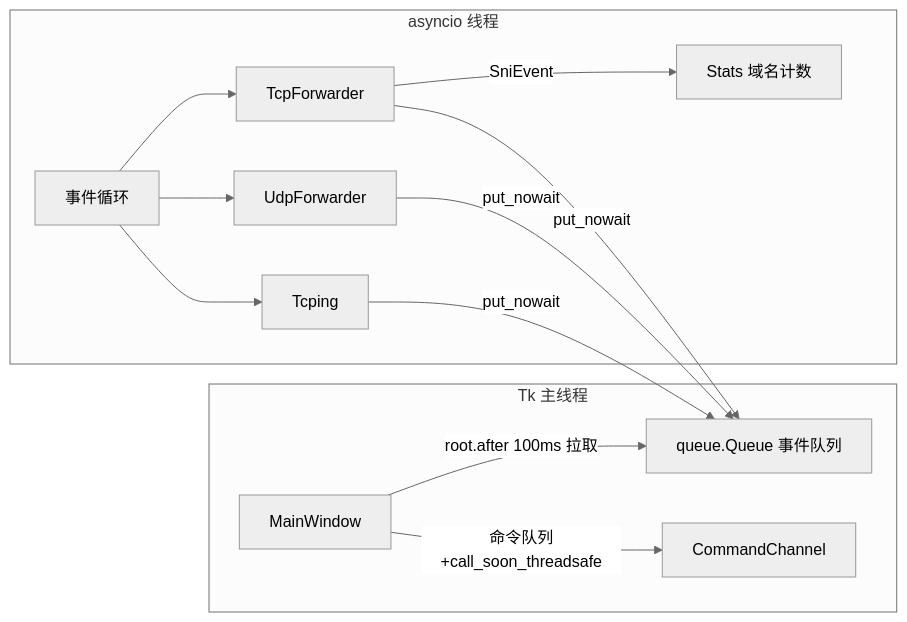
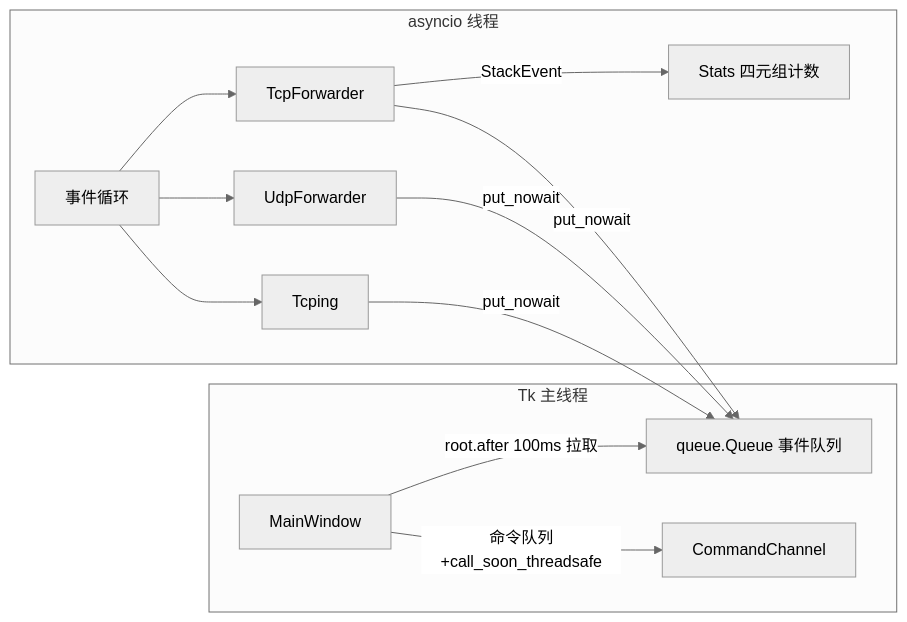
Before and after one commit to cmliu/SNI-Tap: the third of 3 diagrams in docs/ARCHITECTURE.md, drawn with Mermaid (neutral theme). The commit also changed other lines of this file and 24 other files, not shown here.

````diff
--- a/docs/ARCHITECTURE.md
+++ b/docs/ARCHITECTURE.md
@@ -163,14 +171,14 @@
 ```mermaid
 flowchart LR
     subgraph 主线程[Tk 主线程]
         GUI[MainWindow] -- root.after 100ms 拉取 --> Q[queue.Queue 事件队列]
         GUI -- 命令队列+call_soon_threadsafe --> CMD[CommandChannel]
     end
     subgraph worker线程[asyncio 线程]
         LOOP[事件循环] --> TCP[TcpForwarder]
         LOOP --> UDP[UdpForwarder]
         LOOP --> PING[Tcping]
         TCP & UDP & PING -- put_nowait --> Q
-        TCP -- SniEvent --> ST[Stats 域名计数]
+        TCP -- StackEvent --> ST[Stats 四元组计数]
     end
 ```
````
